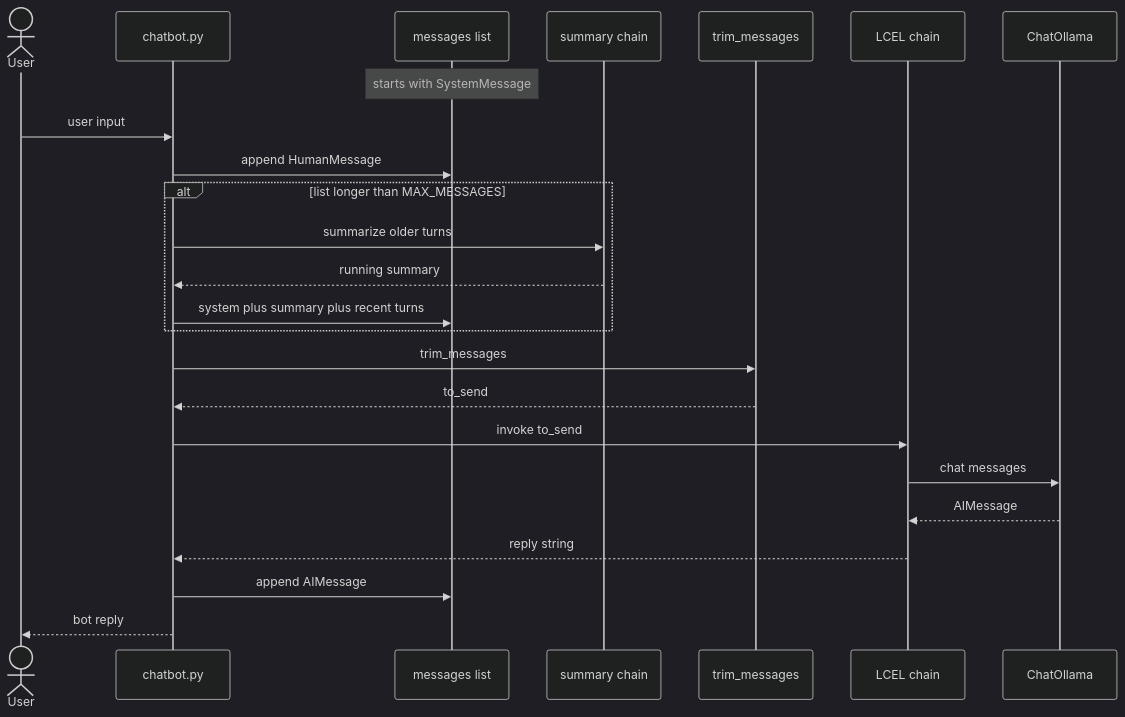
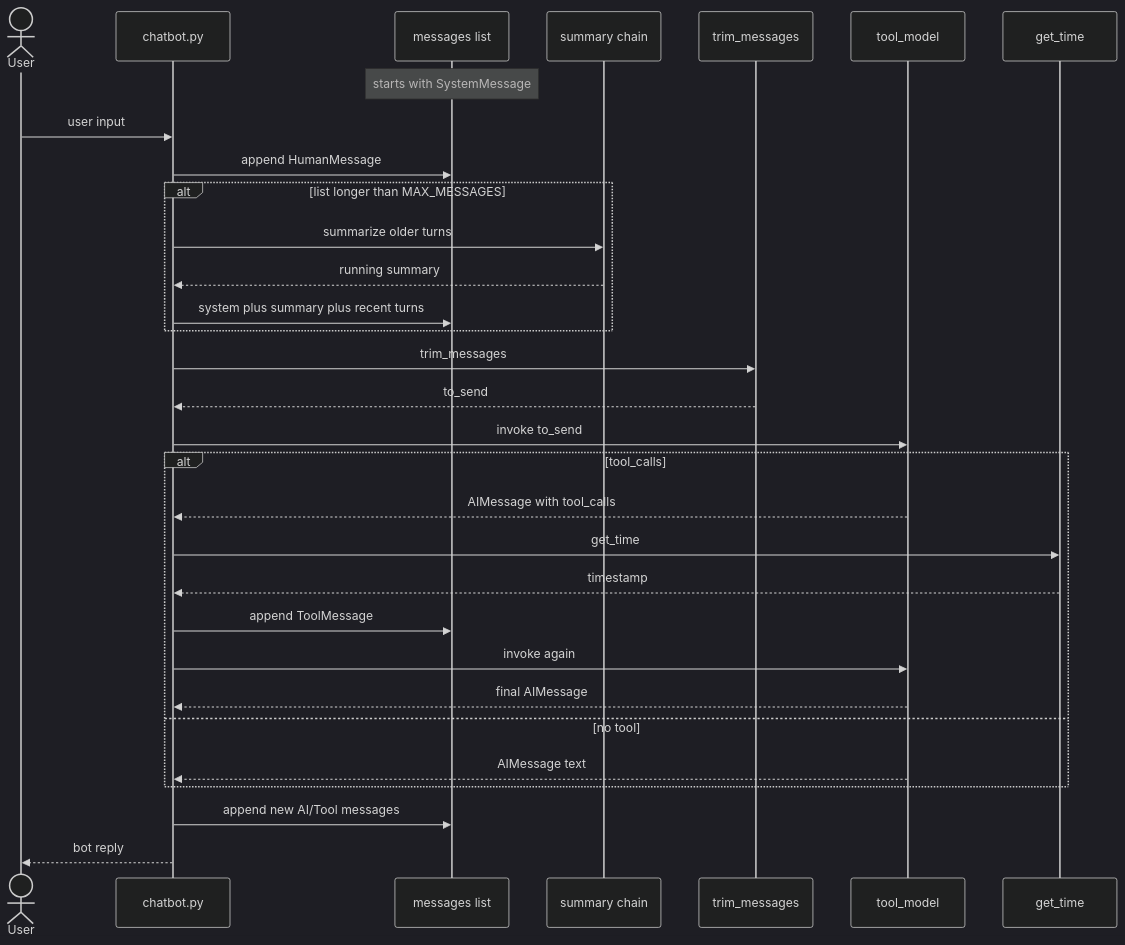
One commit to Marcussyl/langchain-first-chain changed the second of 2 diagrams in study_notes.md. Above: the diagram before and after it, drawn with Mermaid (dark theme). The commit also changed other lines of this file and 2 other files, not shown here.

First line of the commit message:
feat: add get_time tool with a one-round ToolMessage loop

````diff
--- a/study_notes.md
+++ b/study_notes.md
@@ -199,27 +201,34 @@
 ```mermaid
 sequenceDiagram
     actor User
     participant CLI as chatbot.py
     participant Memory as messages list
     participant Soft as summary chain
     participant Hard as trim_messages
-    participant Chain as LCEL chain
-    participant Ollama as ChatOllama
+    participant Model as tool_model
+    participant Tool as get_time
 
     Note over Memory: starts with SystemMessage
     User->>CLI: user input
     CLI->>Memory: append HumanMessage
     alt list longer than MAX_MESSAGES
         CLI->>Soft: summarize older turns
         Soft-->>CLI: running summary
         CLI->>Memory: system plus summary plus recent turns
     end
     CLI->>Hard: trim_messages
     Hard-->>CLI: to_send
-    CLI->>Chain: invoke to_send
-    Chain->>Ollama: chat messages
-    Ollama-->>Chain: AIMessage
-    Chain-->>CLI: reply string
-    CLI->>Memory: append AIMessage
+    CLI->>Model: invoke to_send
+    alt tool_calls
+        Model-->>CLI: AIMessage with tool_calls
+        CLI->>Tool: get_time
+        Tool-->>CLI: timestamp
+        CLI->>Memory: append ToolMessage
+        CLI->>Model: invoke again
+        Model-->>CLI: final AIMessage
+    else no tool
+        Model-->>CLI: AIMessage text
+    end
+    CLI->>Memory: append new AI/Tool messages
     CLI-->>User: bot reply
 ```
````
